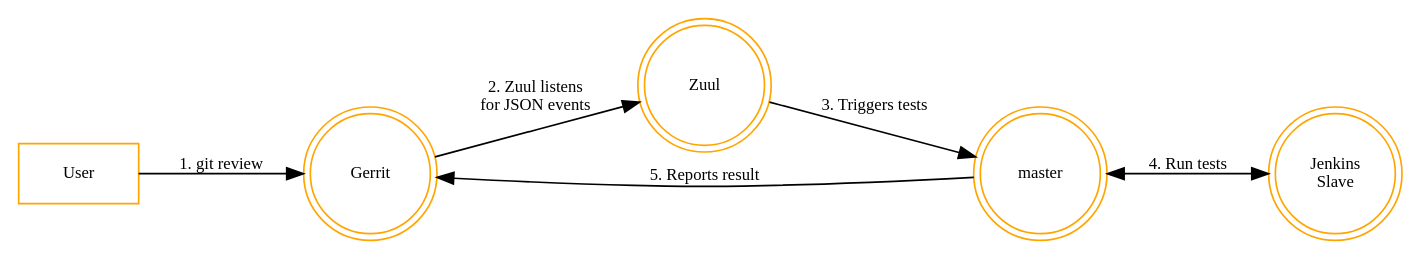
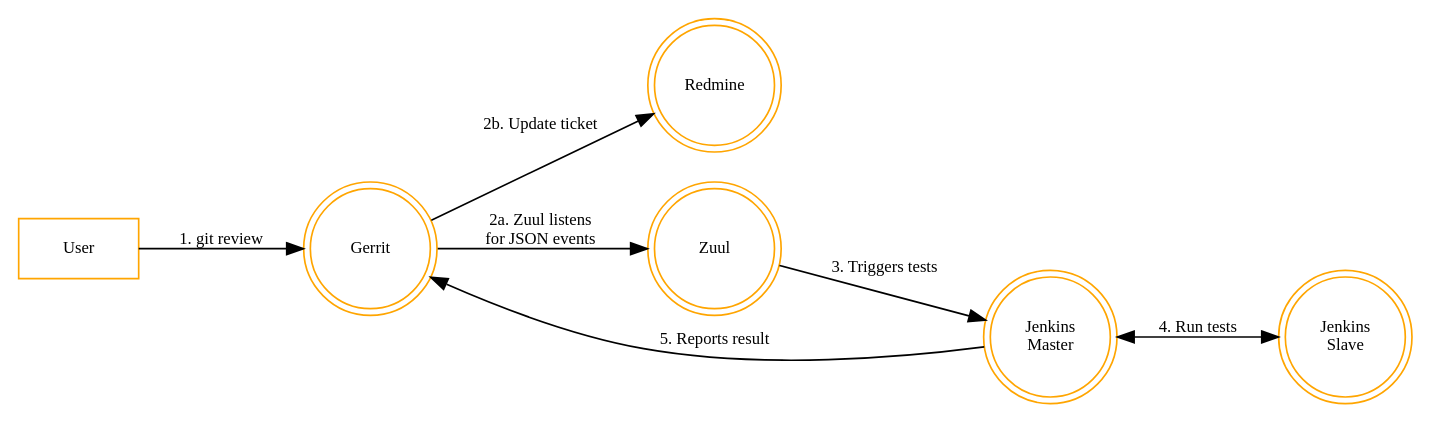
One commit to redhat-cip/software-factory changed the diagram in docs/test_workflow.dot. Above: the diagram before and after it, drawn with Graphviz. The commit also changed 2 other files, not shown here.

Commit message:
Improve graphs

```diff
--- a/docs/test_workflow.dot
+++ b/docs/test_workflow.dot
@@ -1,17 +1,19 @@
 digraph { 
     node [shape=doublecircle,fontsize=10,width=1.0,color=orange];
     edge [fontsize=10]; 
     rankdir=LR;
 
     "Gerrit";
+    "Redmine";
     "Zuul";
-    "master";
+    "master" [label="Jenkins\nMaster"];
     "slave" [label="Jenkins\nSlave"];
     "User" [shape="box"];
     
     "User" -> "Gerrit" [label="1. git review"];
-    "Gerrit" -> "Zuul" [label="2. Zuul listens\nfor JSON events"];
+    "Gerrit" -> "Zuul" [label="2a. Zuul listens\nfor JSON events"];
+    "Gerrit" -> "Redmine" [label="2b. Update ticket"];
     "Zuul" -> "master" [label="3. Triggers tests"];
     "master" -> "Gerrit" [label="5. Reports result"];
     "master" -> "slave" [label="4. Run tests" dir=both];
 }
```
